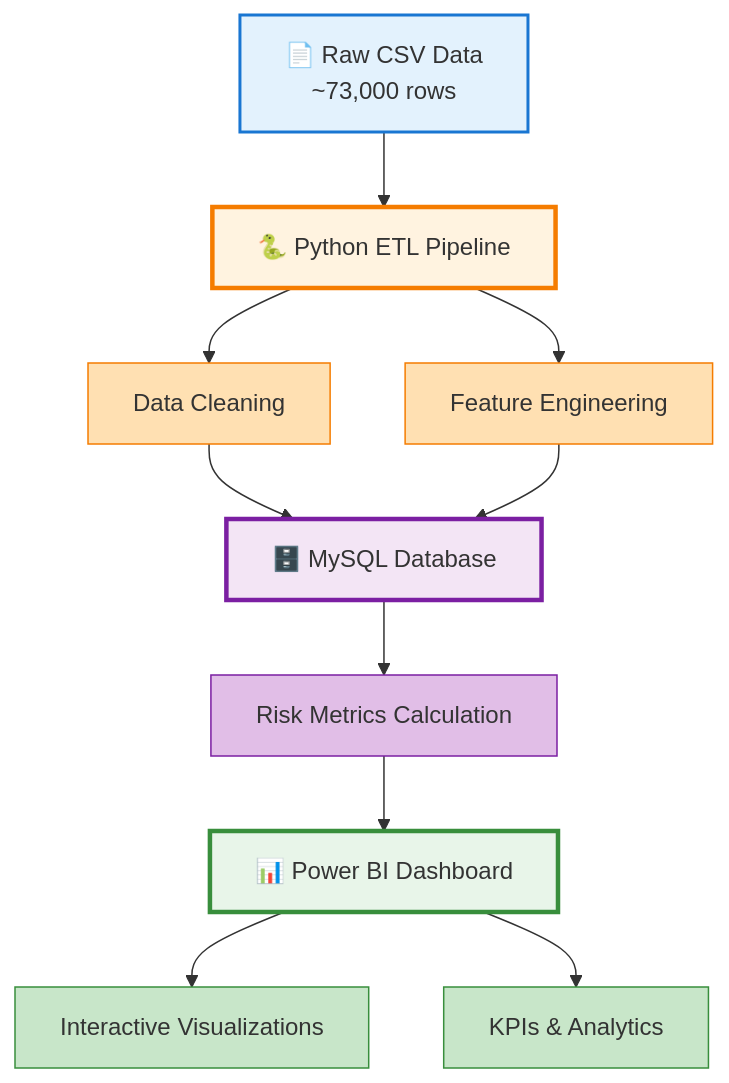
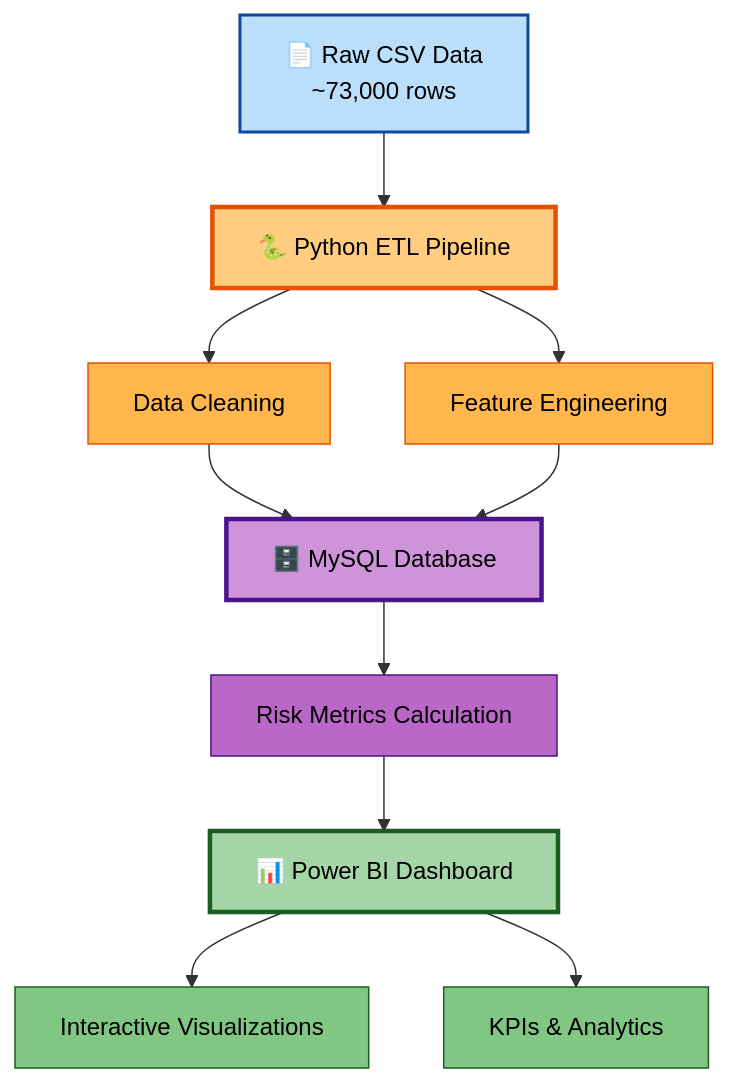
Before and after one commit to BigBeanTheory/Retails-Sales-Inventory-Analysis: the diagram in README.md, drawn with Mermaid. The commit also changed other lines of this file, not shown here.

````diff
--- a/README.md
+++ b/README.md
@@ -41,22 +41,22 @@
 ```mermaid
 flowchart TD
     A[📄 Raw CSV Data<br/>~73,000 rows] --> B[🐍 Python ETL Pipeline]
     B --> B1[Data Cleaning]
     B --> B2[Feature Engineering]
     B1 --> C
     B2 --> C
     C[🗄️ MySQL Database] --> C1[Risk Metrics Calculation]
     C1 --> D[📊 Power BI Dashboard]
     D --> D1[Interactive Visualizations]
     D --> D2[KPIs & Analytics]
     
-    style A fill:#e3f2fd,stroke:#1976d2,stroke-width:2px
-    style B fill:#fff3e0,stroke:#f57c00,stroke-width:3px
-    style B1 fill:#ffe0b2,stroke:#f57c00,stroke-width:1px
-    style B2 fill:#ffe0b2,stroke:#f57c00,stroke-width:1px
-    style C fill:#f3e5f5,stroke:#7b1fa2,stroke-width:3px
-    style C1 fill:#e1bee7,stroke:#7b1fa2,stroke-width:1px
-    style D fill:#e8f5e9,stroke:#388e3c,stroke-width:3px
-    style D1 fill:#c8e6c9,stroke:#388e3c,stroke-width:1px
-    style D2 fill:#c8e6c9,stroke:#388e3c,stroke-width:1px
+    style A fill:#bbdefb,stroke:#0d47a1,stroke-width:2px,color:#000
+    style B fill:#ffcc80,stroke:#e65100,stroke-width:3px,color:#000
+    style B1 fill:#ffb74d,stroke:#e65100,stroke-width:1px,color:#000
+    style B2 fill:#ffb74d,stroke:#e65100,stroke-width:1px,color:#000
+    style C fill:#ce93d8,stroke:#4a148c,stroke-width:3px,color:#000
+    style C1 fill:#ba68c8,stroke:#4a148c,stroke-width:1px,color:#000
+    style D fill:#a5d6a7,stroke:#1b5e20,stroke-width:3px,color:#000
+    style D1 fill:#81c784,stroke:#1b5e20,stroke-width:1px,color:#000
+    style D2 fill:#81c784,stroke:#1b5e20,stroke-width:1px,color:#000
 ```
````
